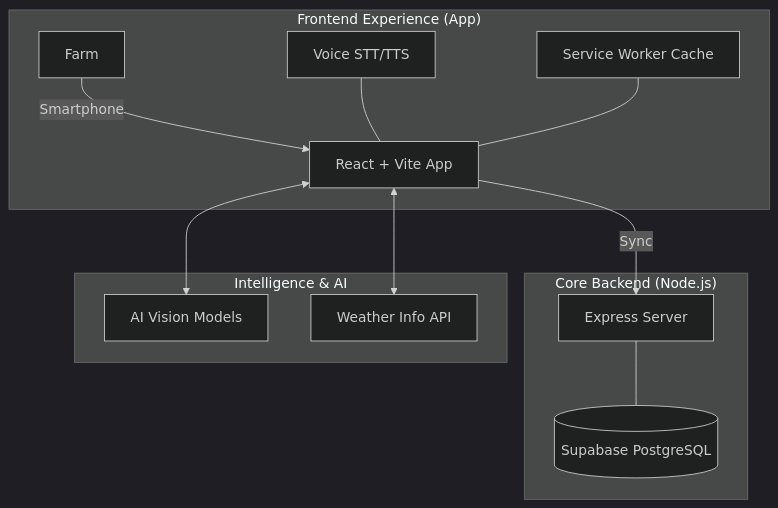
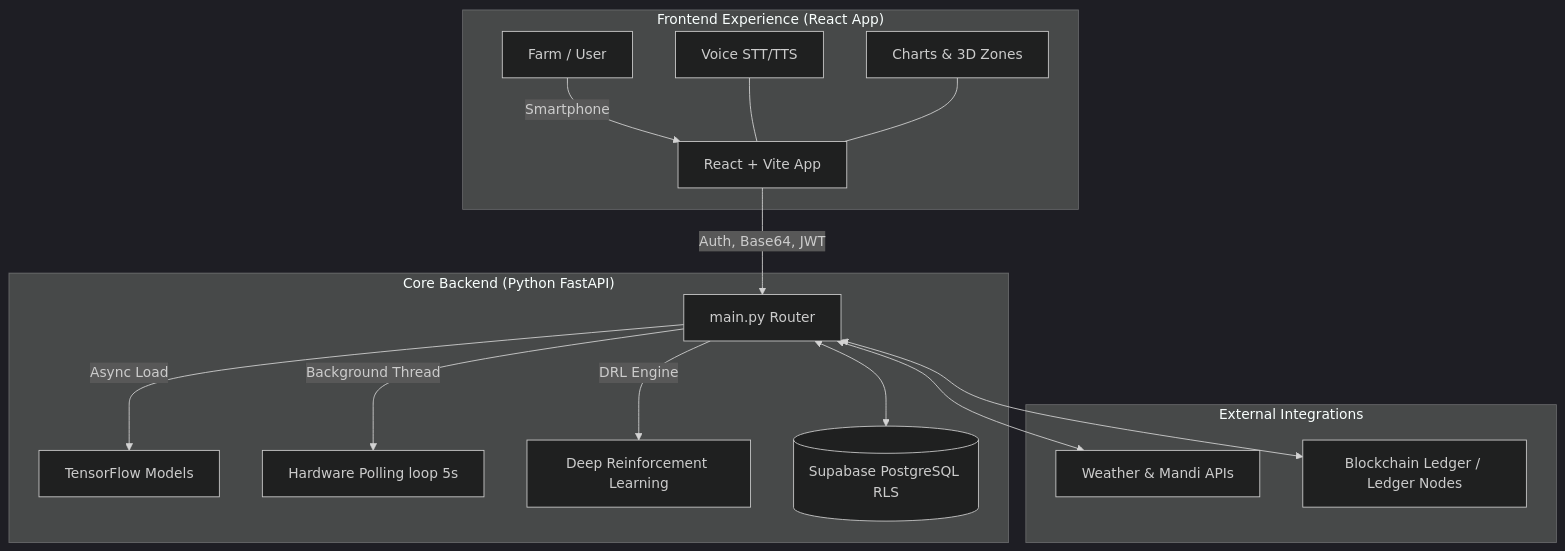
One commit to DHRUV-SAVE21/InnovatesIndia changed the diagram in README.md. Above: the diagram before and after it, drawn with Mermaid (dark theme). The commit also changed other lines of this file, not shown here.

````diff
--- a/README.md
+++ b/README.md
@@ -62,18 +62,21 @@
 ```mermaid
 graph TD
-    subgraph "Frontend Experience (App)"
-        Farm[Farm] -->|Smartphone| App[React + Vite App]
+    subgraph "Frontend Experience (React App)"
+        Farm[Farm / User] -->|Smartphone| App[React + Vite App]
         Voice[Voice STT/TTS] --- App
-        SW[Service Worker Cache] --- App
+        DynamicUI[Charts & 3D Zones] --- App
     end
 
-    subgraph "Core Backend (Node.js)"
-        App -->|Sync| API[Express Server]
-        API --- DB[(Supabase PostgreSQL)]
+    subgraph "Core Backend (Python FastAPI)"
+        App -->|Auth, Base64, JWT| API[main.py Router]
+        API -->|Async Load| TF[TensorFlow Models]
+        API -->|Background Thread| IoT[Hardware Polling loop 5s]
+        API -->|DRL Engine| Models[Deep Reinforcement Learning]
+        API <--> DB[(Supabase PostgreSQL RLS)]
     end
 
-    subgraph "Intelligence & AI"
-        App <--> Models[AI Vision Models]
-        App <--> Weather[Weather Info API]
+    subgraph "External Integrations"
+        API <--> Weather[Weather & Mandi APIs]
+        API <--> Blockchain[Blockchain Ledger / Ledger Nodes]
     end
 ```
````
